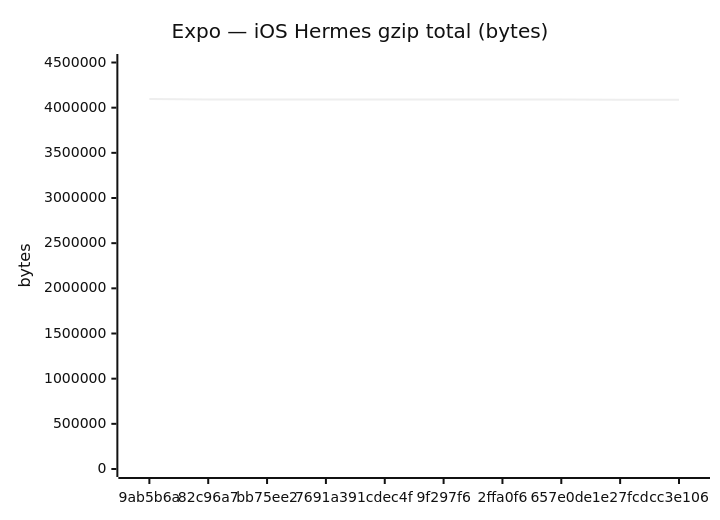
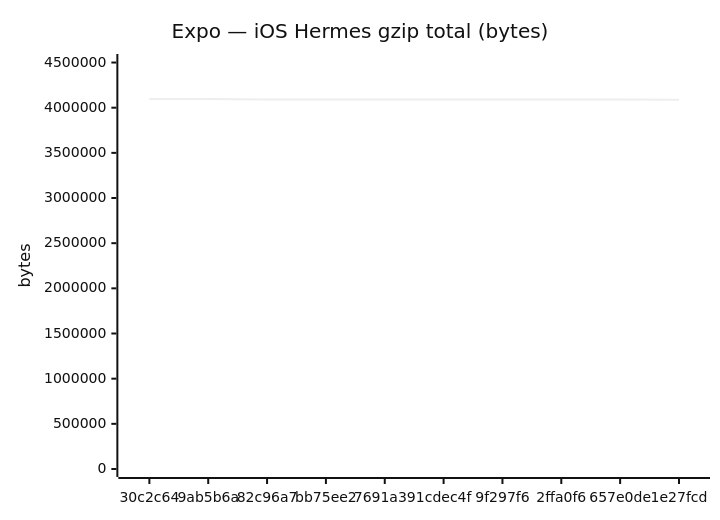
Before and after one commit to Metaheurist/Rianell: the sixth of 18 diagrams in benchmarks/compare.md, drawn with Mermaid (neutral theme). The commit also changed other lines of this file and 11 other files, not shown here.

````diff
--- a/benchmarks/compare.md
+++ b/benchmarks/compare.md
@@ -96,7 +96,7 @@
 ```mermaid
 xychart-beta
     title "Expo — iOS Hermes gzip total (bytes)"
-    x-axis ["9ab5b6a", "82c96a7", "bb75ee2", "7691a39", "1cdec4f", "9f297f6", "2ffa0f6", "657e0de", "1e27fcd", "cc3e106"]
-    y-axis "bytes" 0 --> 4505653
-    line [4096048, 4091134, 4090855, 4091134, 4091052, 4091052, 4091051, 4090884, 4087417, 4087412]
+    x-axis ["30c2c64", "9ab5b6a", "82c96a7", "bb75ee2", "7691a39", "1cdec4f", "9f297f6", "2ffa0f6", "657e0de", "1e27fcd"]
+    y-axis "bytes" 0 --> 4505923
+    line [4096293, 4096048, 4091134, 4090855, 4091134, 4091052, 4091052, 4091051, 4090884, 4087417]
 ```
````
